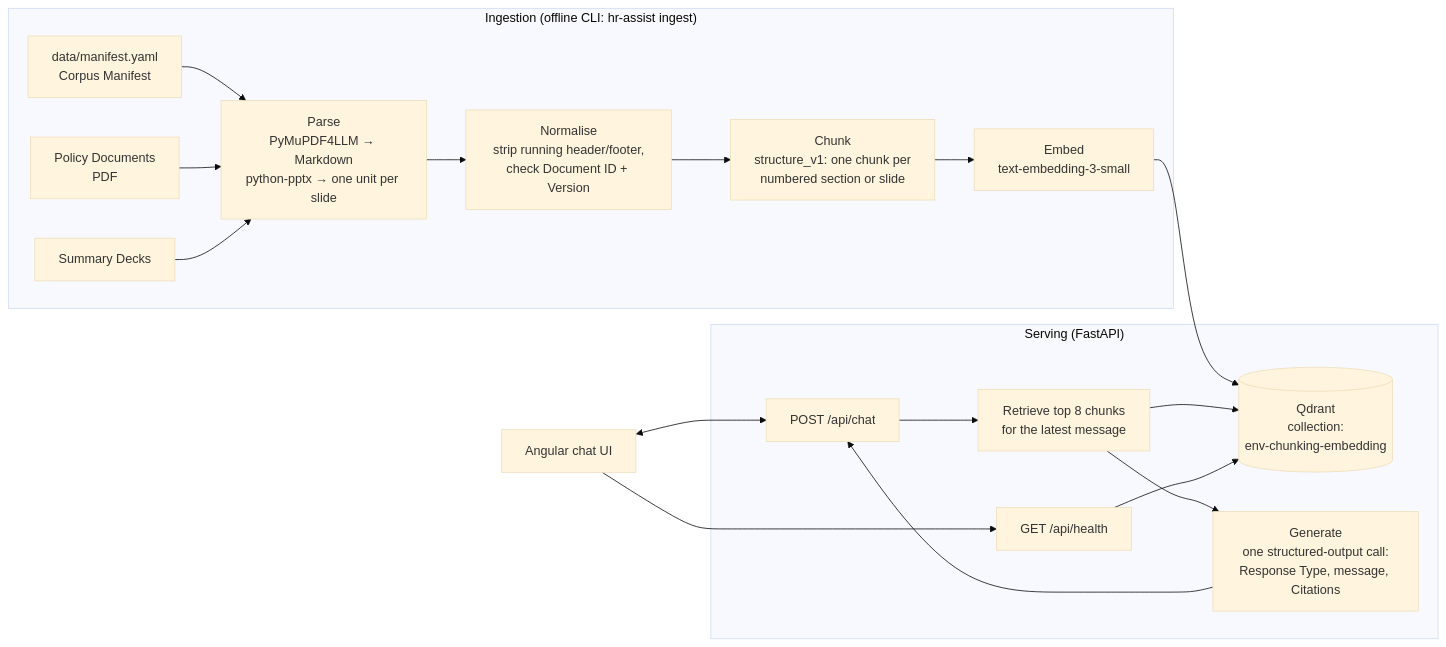
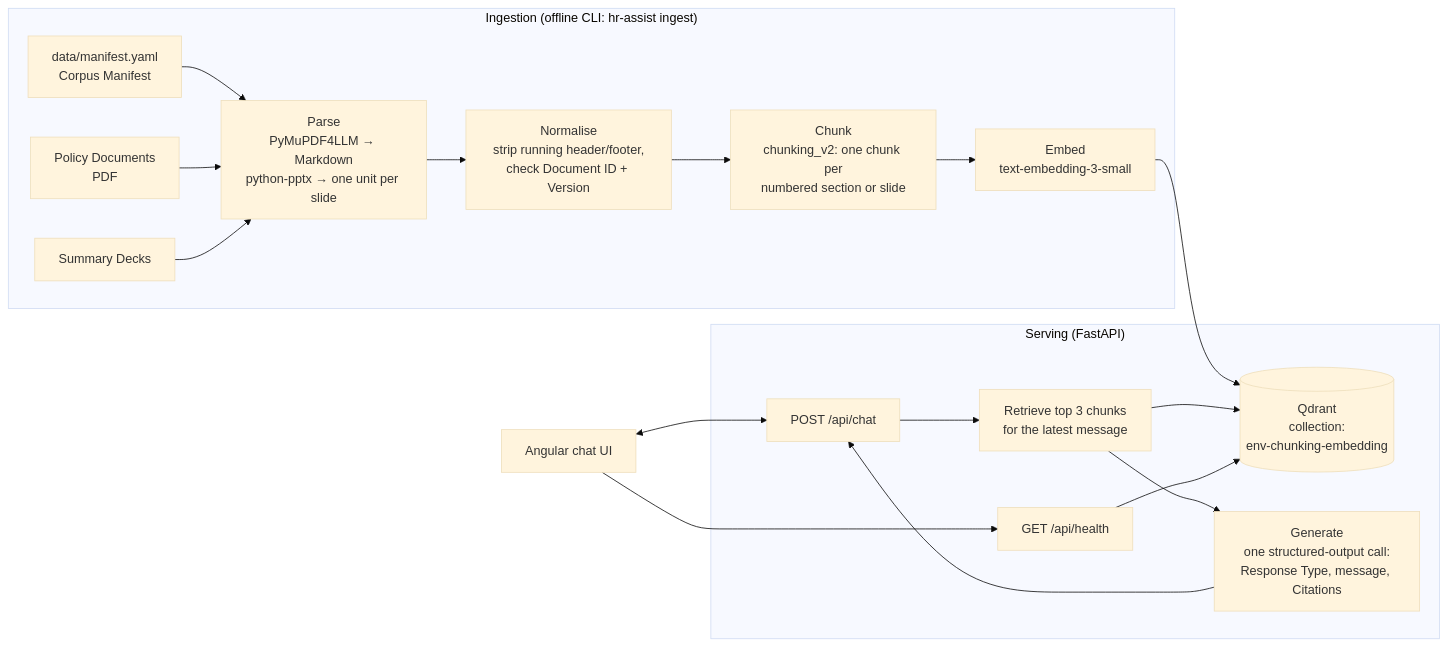
One commit to NaveenManjappa/hr-assist changed the diagram in README.md. Above: the diagram before and after it, drawn with Mermaid (base theme). The commit also changed other lines of this file and 17 other files, not shown here.

````diff
--- a/README.md
+++ b/README.md
@@ -20,24 +20,24 @@
 ```mermaid
 flowchart LR
     subgraph Ingestion["Ingestion (offline CLI: hr-assist ingest)"]
         M[data/manifest.yaml<br/>Corpus Manifest] --> P
         PDF[Policy Documents<br/>PDF] --> P[Parse<br/>PyMuPDF4LLM → Markdown<br/>python-pptx → one unit per slide]
         PPTX[Summary Decks] --> P
         P --> N[Normalise<br/>strip running header/footer,<br/>check Document ID + Version]
-        N --> C[Chunk<br/>structure_v1: one chunk per<br/>numbered section or slide]
+        N --> C[Chunk<br/>chunking_v2: one chunk per<br/>numbered section or slide]
         C --> E1[Embed<br/>text-embedding-3-small]
     end
 
     E1 --> Q[(Qdrant<br/>collection:<br/>env-chunking-embedding)]
 
     subgraph Serving["Serving (FastAPI)"]
-        API["POST /api/chat"] --> R[Retrieve top 8 chunks<br/>for the latest message]
+        API["POST /api/chat"] --> R[Retrieve top 3 chunks<br/>for the latest message]
         R --> Q
         R --> G[Generate<br/>one structured-output call:<br/>Response Type, message, Citations]
         G --> API
         H["GET /api/health"] --> Q
     end
 
     UI[Angular chat UI] <--> API
     UI --> H
 ```
````
